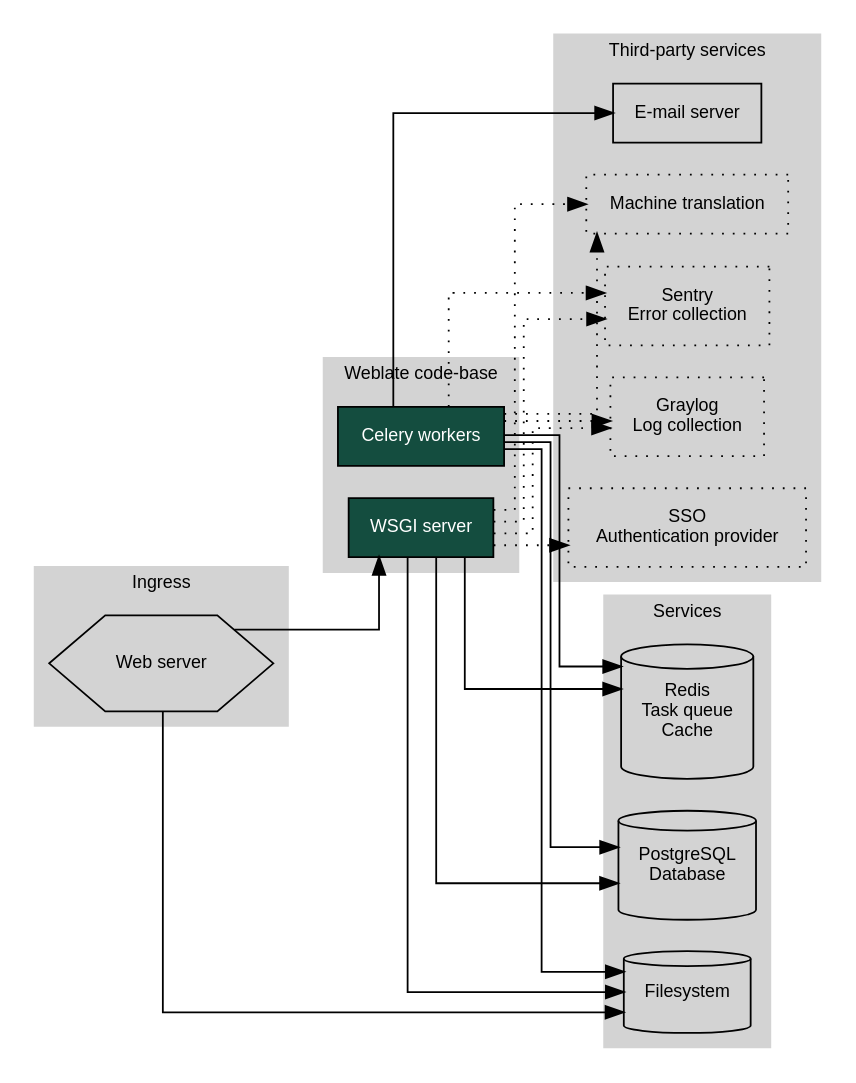
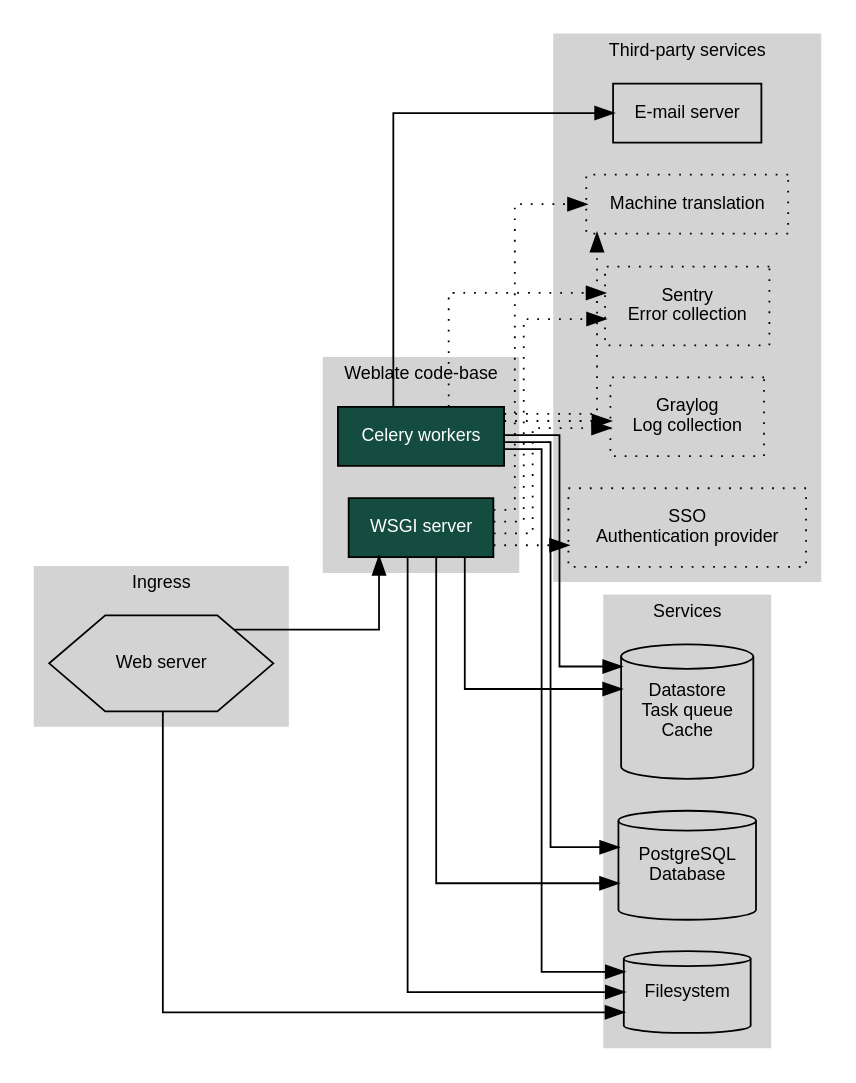
The diagram in docs/admin/install.rst (WeblateOrg/weblate), drawn with Graphviz before and after one commit. The commit also changed other lines of this file and 15 other files, not shown here.

```diff
--- a/docs/admin/install.rst
+++ b/docs/admin/install.rst
@@ -102,7 +102,7 @@
             label=Services,
             style=filled
          ];
-         redis [label="Redis\nTask queue\nCache",
+         redis [label="Datastore\nTask queue\nCache",
             shape=cylinder];
          db [label="PostgreSQL\nDatabase",
             shape=cylinder];
```
